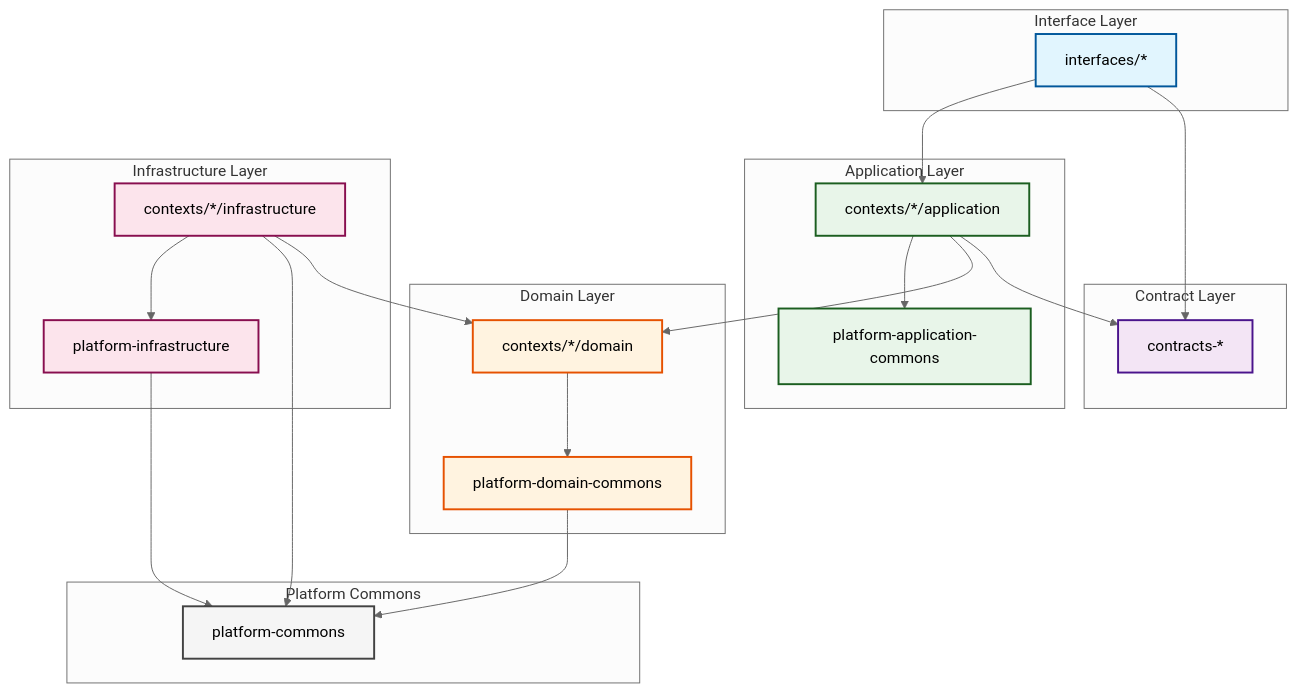
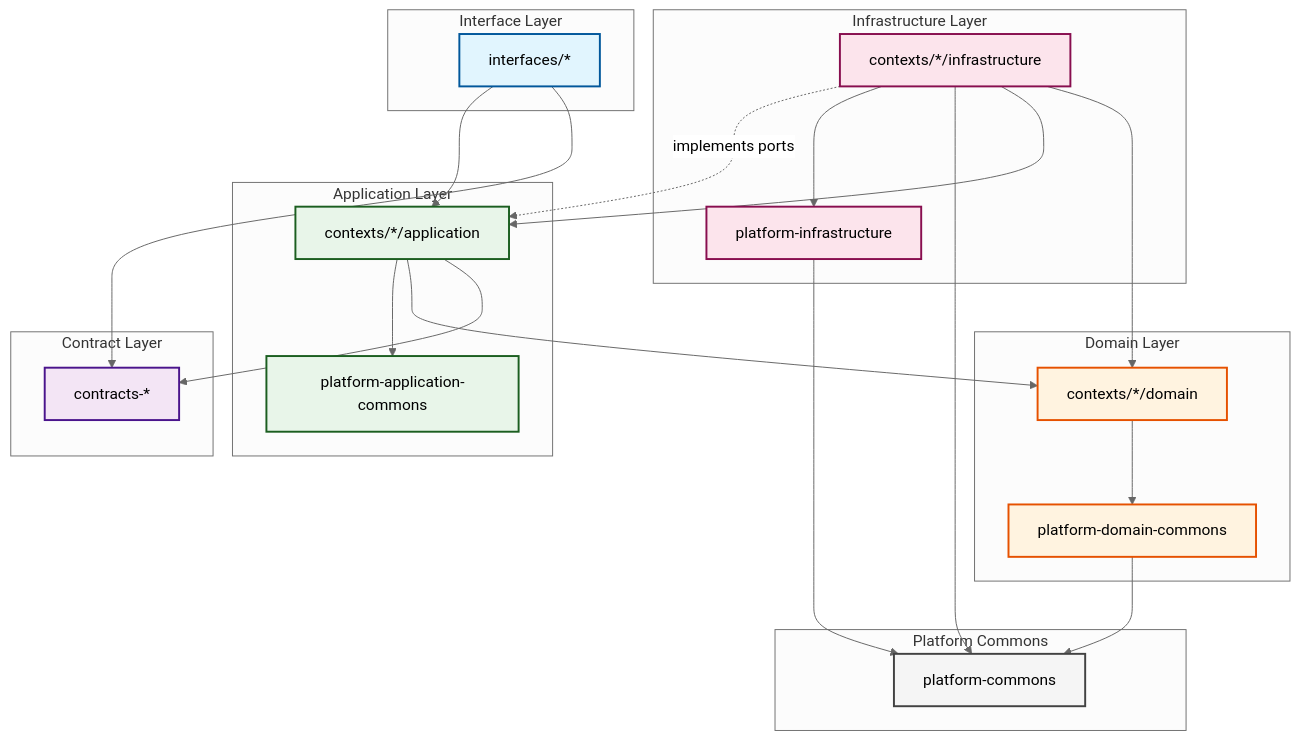
One commit to kamiazya/scopes changed the diagram in docs/architecture/guidelines/dependency-rules.md. Above: the diagram before and after it, drawn with Mermaid (neutral theme). The commit also changed other lines of this file and 1 other file, not shown here.

Commit message:
fix: Update dependency rules to reflect proper architectural patterns

````diff
--- a/docs/architecture/guidelines/dependency-rules.md
+++ b/docs/architecture/guidelines/dependency-rules.md
@@ -9,63 +9,65 @@
 ```mermaid
 graph TD
     %% Group definitions
     subgraph "Interface Layer"
         interfaces[interfaces/*]
     end
     
     subgraph "Contract Layer"
         contracts[contracts-*]
     end
     
     subgraph "Application Layer"
         contexts_app[contexts/*/application]
         platform_app[platform-application-commons]
     end
     
     subgraph "Domain Layer"
         contexts_domain[contexts/*/domain]
         platform_domain[platform-domain-commons]
     end
     
     subgraph "Infrastructure Layer"
         contexts_infra[contexts/*/infrastructure]
         platform_infra[platform-infrastructure]
     end
     
     subgraph "Platform Commons"
         platform_commons[platform-commons]
     end
     
     %% Dependencies
     interfaces --> contracts
     interfaces --> contexts_app
     
     contexts_app --> contracts
     contexts_app --> contexts_domain
     contexts_app --> platform_app
     
     contexts_domain --> platform_domain
     
     platform_domain --> platform_commons
     
     contexts_infra --> contexts_domain
+    contexts_infra --> contexts_app
     contexts_infra --> platform_commons
     contexts_infra --> platform_infra
+    contexts_infra -.->|implements ports| contexts_app
     
     platform_infra --> platform_commons
     
     %% Styling
     classDef interfaceClass fill:#e1f5fe,stroke:#01579b,stroke-width:2px,color:#000
     classDef contractClass fill:#f3e5f5,stroke:#4a148c,stroke-width:2px,color:#000
     classDef appClass fill:#e8f5e9,stroke:#1b5e20,stroke-width:2px,color:#000
     classDef domainClass fill:#fff3e0,stroke:#e65100,stroke-width:2px,color:#000
     classDef infraClass fill:#fce4ec,stroke:#880e4f,stroke-width:2px,color:#000
     classDef commonsClass fill:#f5f5f5,stroke:#424242,stroke-width:2px,color:#000
     
     class interfaces interfaceClass
     class contracts contractClass
     class contexts_app,platform_app appClass
     class contexts_domain,platform_domain domainClass
     class contexts_infra,platform_infra infraClass
     class platform_commons commonsClass
 ```
````
